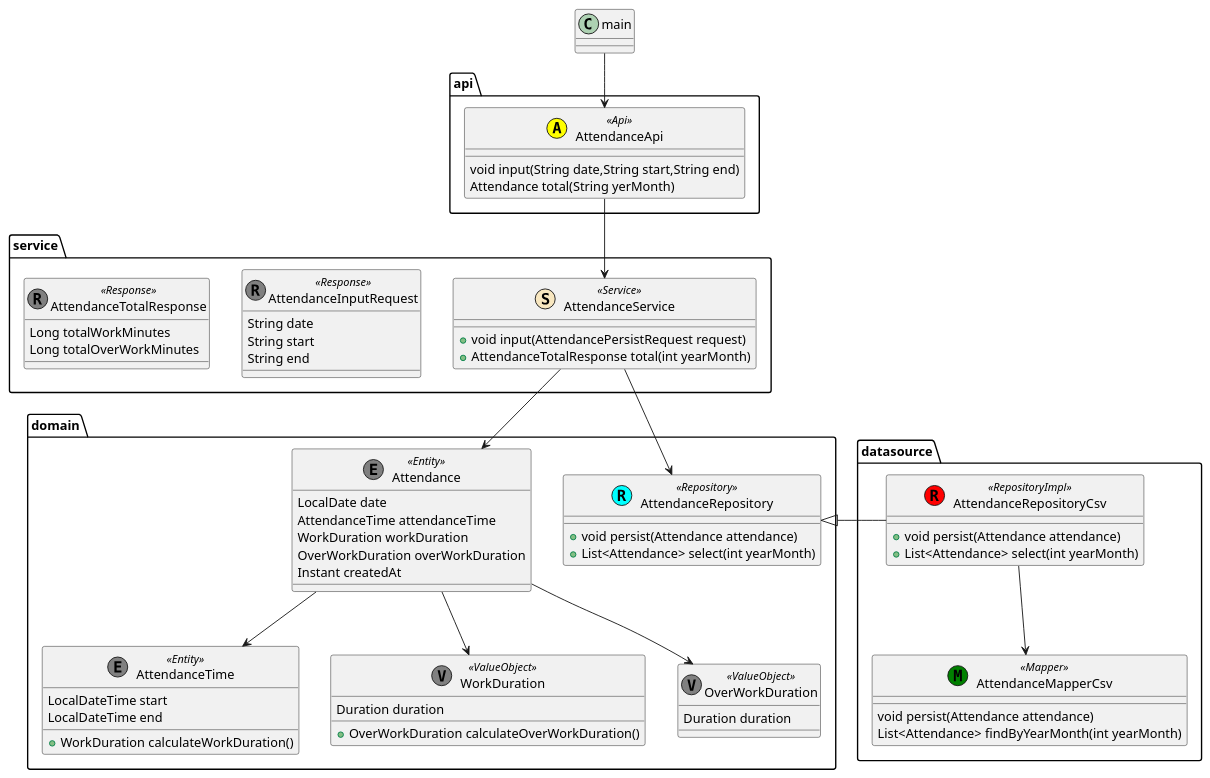
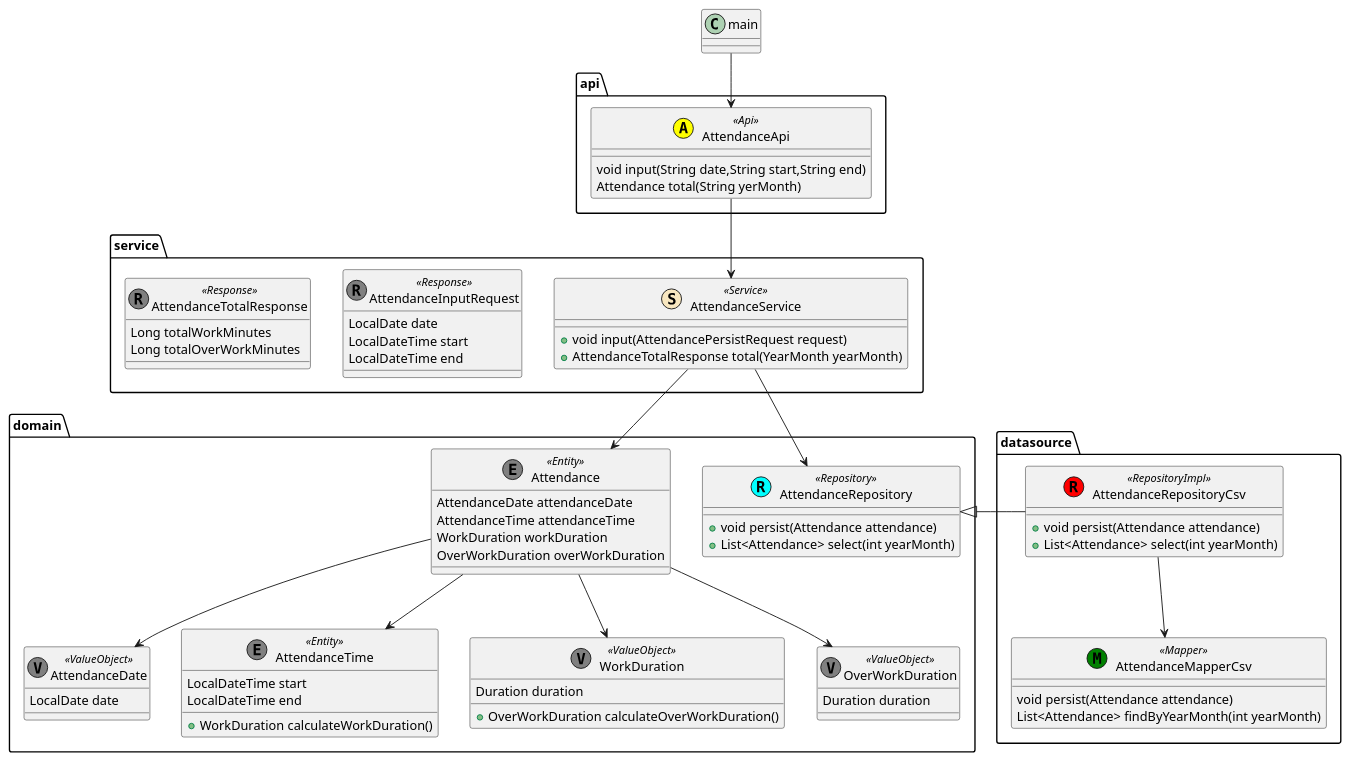
The diagram in etc/class_diagram.puml (biglobe-isp/kintai), drawn with PlantUML before and after one commit.

Commit message:
実装とクラス図でズレのある部分修正

```diff
--- a/etc/class_diagram.puml
+++ b/etc/class_diagram.puml
@@ -1,85 +1,89 @@
 @startuml 勤怠管理クラス図
 package domain {
     class Attendance<<(E,gray) Entity>> {
-        LocalDate date
+        AttendanceDate attendanceDate
         AttendanceTime attendanceTime
         WorkDuration workDuration
         OverWorkDuration overWorkDuration
-        Instant createdAt
+    }
+
+    class AttendanceDate<<(V,gray) ValueObject>> {
+           LocalDate date
     }
 
     class AttendanceTime<<(E,gray) Entity>> {
         LocalDateTime start
         LocalDateTime end
         + WorkDuration calculateWorkDuration()
     }
 
     class WorkDuration<<(V,gray) ValueObject>> {
         Duration duration
         + OverWorkDuration calculateOverWorkDuration()
      }
 
      class OverWorkDuration<<(V,gray) ValueObject>> {
         Duration duration
      }
 
      class AttendanceRepository<<(R,Cyan) Repository>> {
            + void persist(Attendance attendance)
            + List<Attendance> select(int yearMonth)
       }
 }
 
 package datasource {
     class AttendanceRepositoryCsv<<(R,red) RepositoryImpl>> {
         + void persist(Attendance attendance)
         + List<Attendance> select(int yearMonth)
     }
 
     class AttendanceMapperCsv<<(M,green) Mapper>> {
         void persist(Attendance attendance)
         List<Attendance> findByYearMonth(int yearMonth)
     }
 }
 
 package service {
     class AttendanceService<<(S,strategy) Service>> {
        + void input(AttendancePersistRequest request)
-       + AttendanceTotalResponse total(int yearMonth)
+       + AttendanceTotalResponse total(YearMonth yearMonth)
     }
 
     class AttendanceInputRequest<<(R,gray) Response>> {
-            String date
-            String start
-            String end
+            LocalDate date
+            LocalDateTime start
+            LocalDateTime end
     }
 
 
     class AttendanceTotalResponse<<(R,gray) Response>> {
         Long totalWorkMinutes
         Long totalOverWorkMinutes
     }
 }
 
 package api {
     class AttendanceApi<<(A,yellow) Api>> {
         void input(String date,String start,String end)
         Attendance total(String yerMonth)
     }
 
 }
 
 class main {
 }
 
 main --> AttendanceApi
 AttendanceApi --> AttendanceService
 AttendanceService --> Attendance
 AttendanceRepositoryCsv -left-|> AttendanceRepository
 AttendanceService --> AttendanceRepository
 Attendance --> AttendanceTime
 Attendance --> WorkDuration
 Attendance --> OverWorkDuration
+Attendance --> AttendanceDate
 AttendanceRepositoryCsv --> AttendanceMapperCsv
 
 
 @enduml
```
